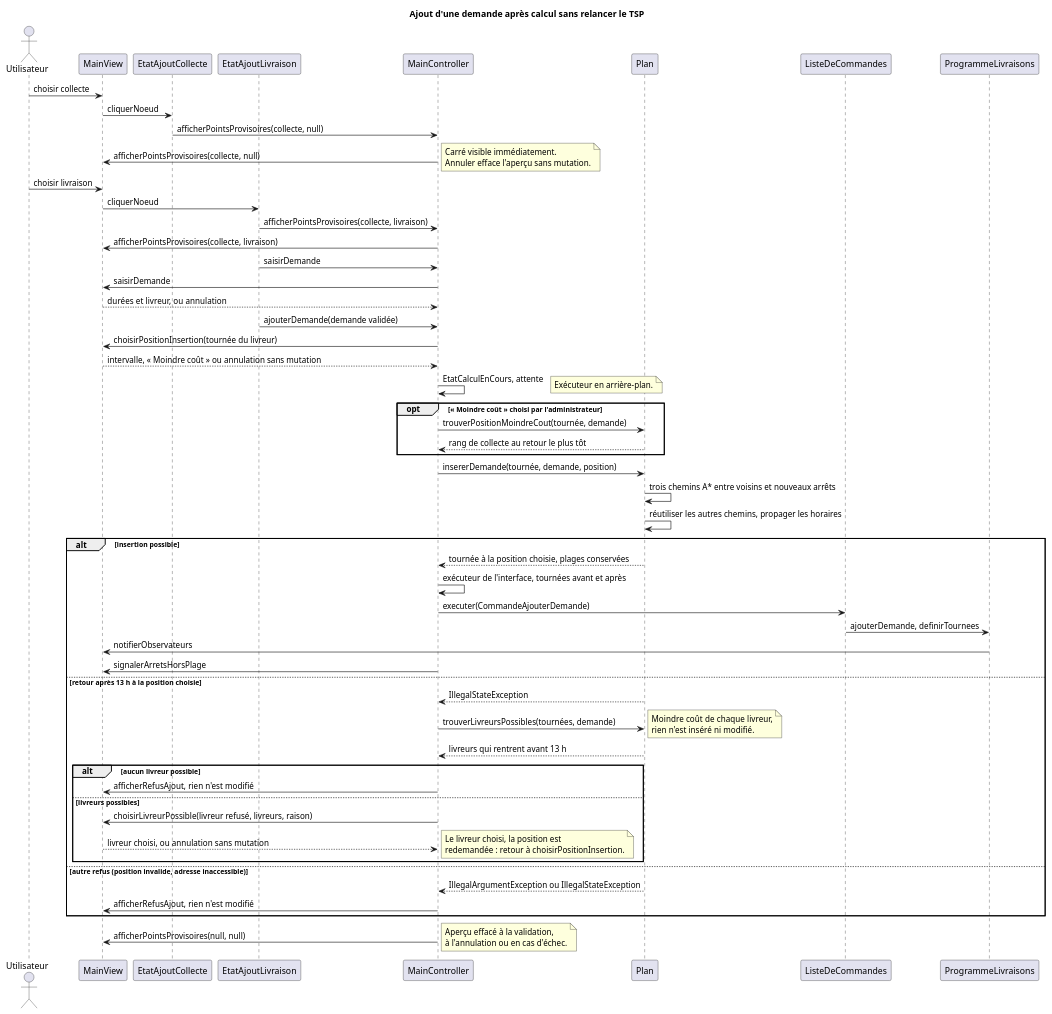
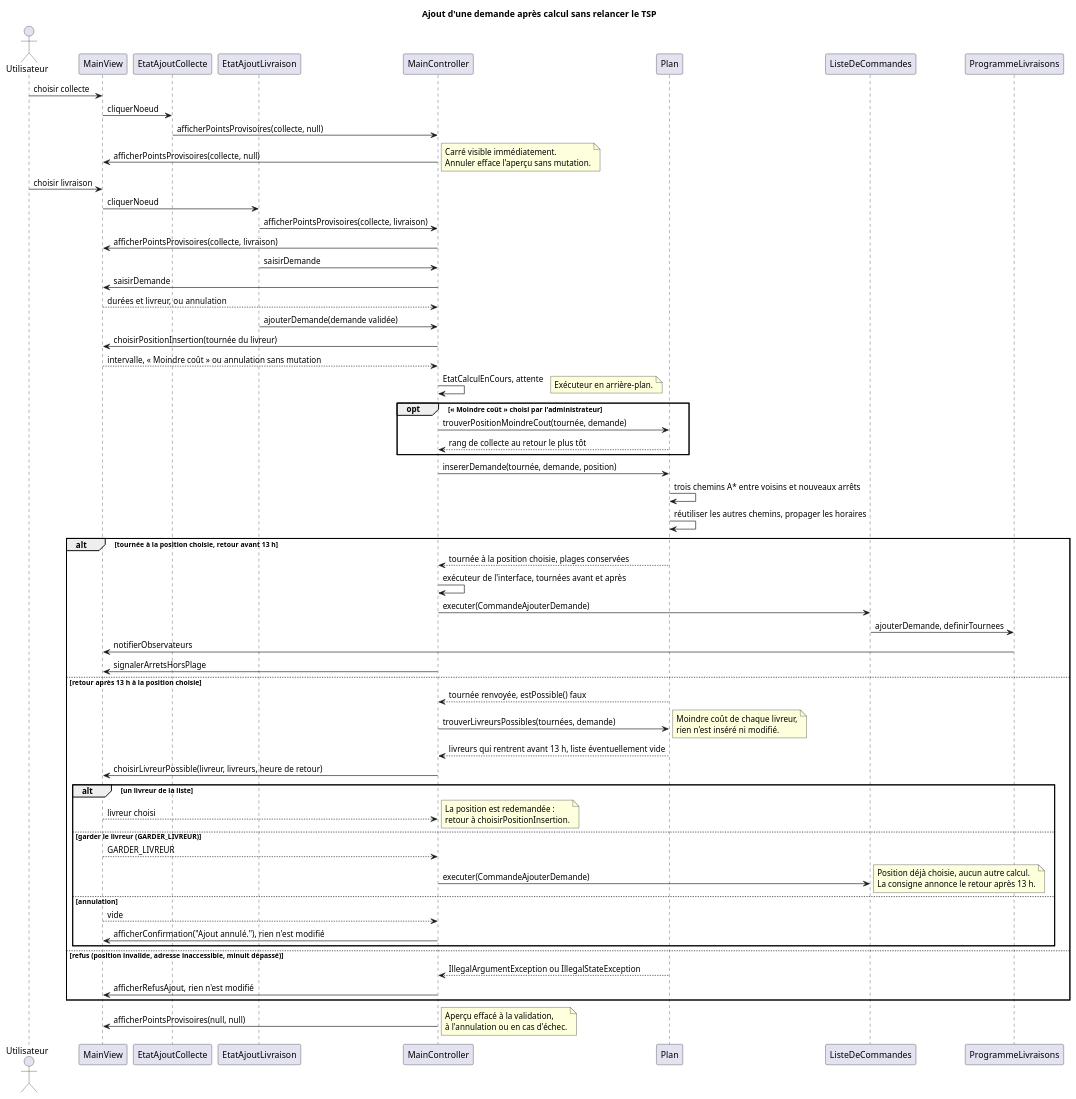
Before and after one commit to tristanhp/Optimod-Lyon: the diagram in docs/diagrams/sequence-ajout-demande.puml, drawn with PlantUML. The commit also changed 14 other files, not shown here.

```diff
--- a/docs/diagrams/sequence-ajout-demande.puml
+++ b/docs/diagrams/sequence-ajout-demande.puml
@@ -1,60 +1,65 @@
 @startuml sequence-ajout-demande
 title Ajout d'une demande après calcul sans relancer le TSP
 actor Utilisateur
 participant MainView
 participant EtatAjoutCollecte
 participant EtatAjoutLivraison
 participant MainController
 participant Plan
 participant ListeDeCommandes
 participant ProgrammeLivraisons
 Utilisateur -> MainView : choisir collecte
 MainView -> EtatAjoutCollecte : cliquerNoeud
 EtatAjoutCollecte -> MainController : afficherPointsProvisoires(collecte, null)
 MainController -> MainView : afficherPointsProvisoires(collecte, null)
 note right : Carré visible immédiatement.\nAnnuler efface l'aperçu sans mutation.
 Utilisateur -> MainView : choisir livraison
 MainView -> EtatAjoutLivraison : cliquerNoeud
 EtatAjoutLivraison -> MainController : afficherPointsProvisoires(collecte, livraison)
 MainController -> MainView : afficherPointsProvisoires(collecte, livraison)
 EtatAjoutLivraison -> MainController : saisirDemande
 MainController -> MainView : saisirDemande
 MainView --> MainController : durées et livreur, ou annulation
 EtatAjoutLivraison -> MainController : ajouterDemande(demande validée)
 MainController -> MainView : choisirPositionInsertion(tournée du livreur)
 MainView --> MainController : intervalle, « Moindre coût » ou annulation sans mutation
 MainController -> MainController : EtatCalculEnCours, attente
 note right : Exécuteur en arrière-plan.
 opt « Moindre coût » choisi par l'administrateur
   MainController -> Plan : trouverPositionMoindreCout(tournée, demande)
   Plan --> MainController : rang de collecte au retour le plus tôt
 end
 MainController -> Plan : insererDemande(tournée, demande, position)
 Plan -> Plan : trois chemins A* entre voisins et nouveaux arrêts
 Plan -> Plan : réutiliser les autres chemins, propager les horaires
-alt insertion possible
+alt tournée à la position choisie, retour avant 13 h
   Plan --> MainController : tournée à la position choisie, plages conservées
   MainController -> MainController : exécuteur de l'interface, tournées avant et après
   MainController -> ListeDeCommandes : executer(CommandeAjouterDemande)
   ListeDeCommandes -> ProgrammeLivraisons : ajouterDemande, definirTournees
   ProgrammeLivraisons -> MainView : notifierObservateurs
   MainController -> MainView : signalerArretsHorsPlage
 else retour après 13 h à la position choisie
-  Plan --> MainController : IllegalStateException
+  Plan --> MainController : tournée renvoyée, estPossible() faux
   MainController -> Plan : trouverLivreursPossibles(tournées, demande)
   note right : Moindre coût de chaque livreur,\nrien n'est inséré ni modifié.
-  Plan --> MainController : livreurs qui rentrent avant 13 h
-  alt aucun livreur possible
-    MainController -> MainView : afficherRefusAjout, rien n'est modifié
-  else livreurs possibles
-    MainController -> MainView : choisirLivreurPossible(livreur refusé, livreurs, raison)
-    MainView --> MainController : livreur choisi, ou annulation sans mutation
-    note right : Le livreur choisi, la position est\nredemandée : retour à choisirPositionInsertion.
+  Plan --> MainController : livreurs qui rentrent avant 13 h, liste éventuellement vide
+  MainController -> MainView : choisirLivreurPossible(livreur, livreurs, heure de retour)
+  alt un livreur de la liste
+    MainView --> MainController : livreur choisi
+    note right : La position est redemandée :\nretour à choisirPositionInsertion.
+  else garder le livreur (GARDER_LIVREUR)
+    MainView --> MainController : GARDER_LIVREUR
+    MainController -> ListeDeCommandes : executer(CommandeAjouterDemande)
+    note right : Position déjà choisie, aucun autre calcul.\nLa consigne annonce le retour après 13 h.
+  else annulation
+    MainView --> MainController : vide
+    MainController -> MainView : afficherConfirmation("Ajout annulé."), rien n'est modifié
   end
-else autre refus (position invalide, adresse inaccessible)
+else refus (position invalide, adresse inaccessible, minuit dépassé)
   Plan --> MainController : IllegalArgumentException ou IllegalStateException
   MainController -> MainView : afficherRefusAjout, rien n'est modifié
 end
 MainController -> MainView : afficherPointsProvisoires(null, null)
 note right : Aperçu effacé à la validation,\nà l'annulation ou en cas d'échec.
 @enduml
```
